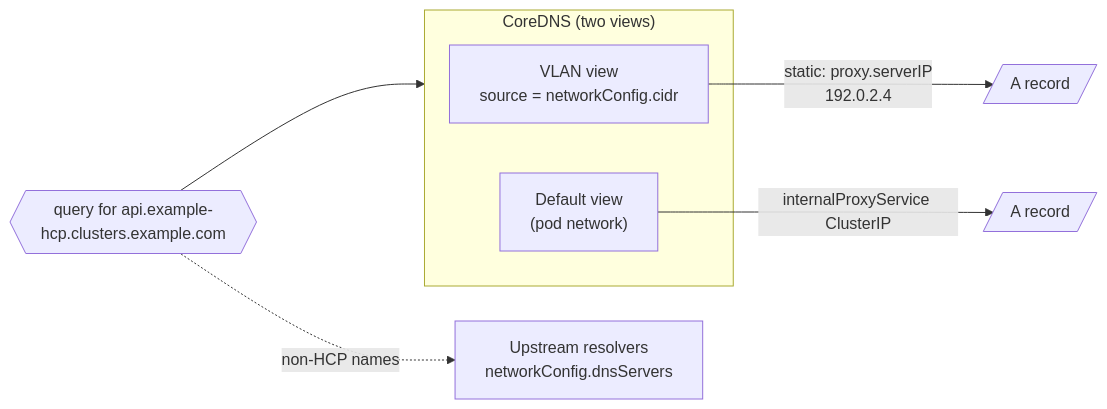
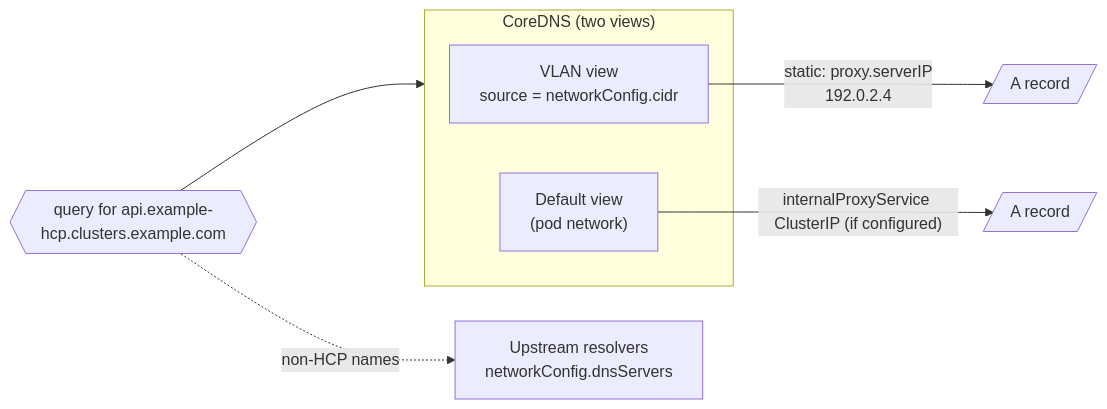
The third of 3 diagrams in website/docs/architecture.md (cldmnky/oooi), drawn with Mermaid before and after one commit. The commit also changed other lines of this file and 17 other files, not shown here.

````diff
--- a/website/docs/architecture.md
+++ b/website/docs/architecture.md
@@ -170,12 +173,12 @@
 ```mermaid
 flowchart LR
     Q{{"query for api.example-hcp.clusters.example.com"}}
     subgraph C["CoreDNS (two views)"]
         V1["VLAN view<br/>source = networkConfig.cidr"]
         V2["Default view<br/>(pod network)"]
     end
     Q --> C
     V1 -->|"static: proxy.serverIP<br/>192.0.2.4"| A1[/"A record"/]
-    V2 -->|"internalProxyService ClusterIP"| A2[/"A record"/]
+    V2 -->|"internalProxyService ClusterIP (if configured)"| A2[/"A record"/]
     Q -.->|"non-HCP names"| UP["Upstream resolvers<br/>networkConfig.dnsServers"]
 ```
````
